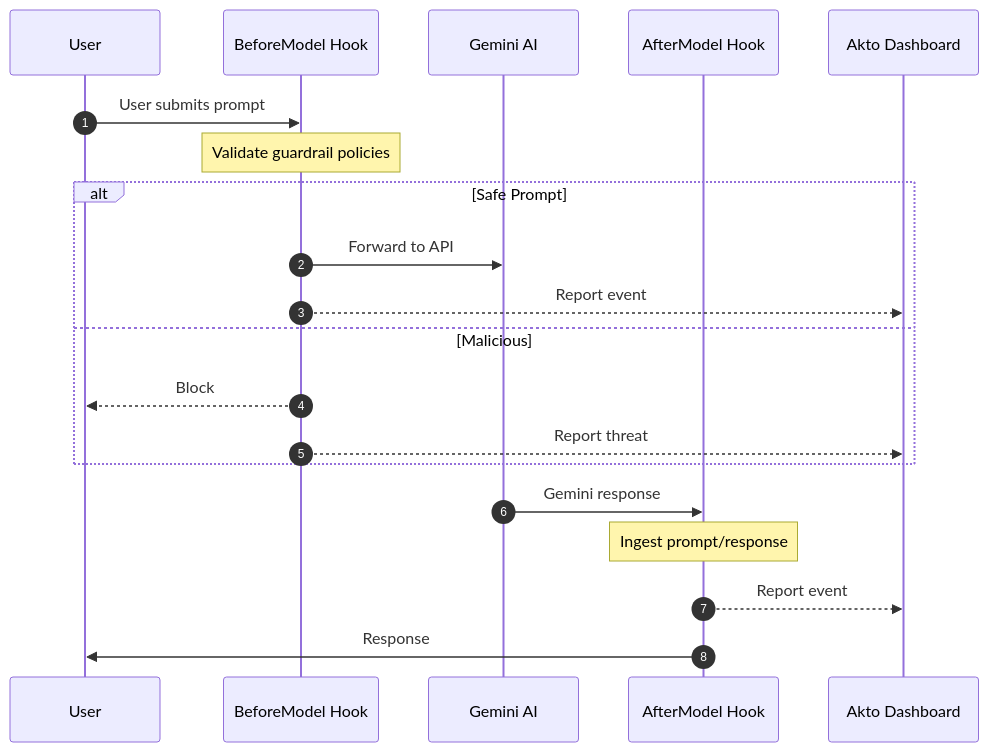
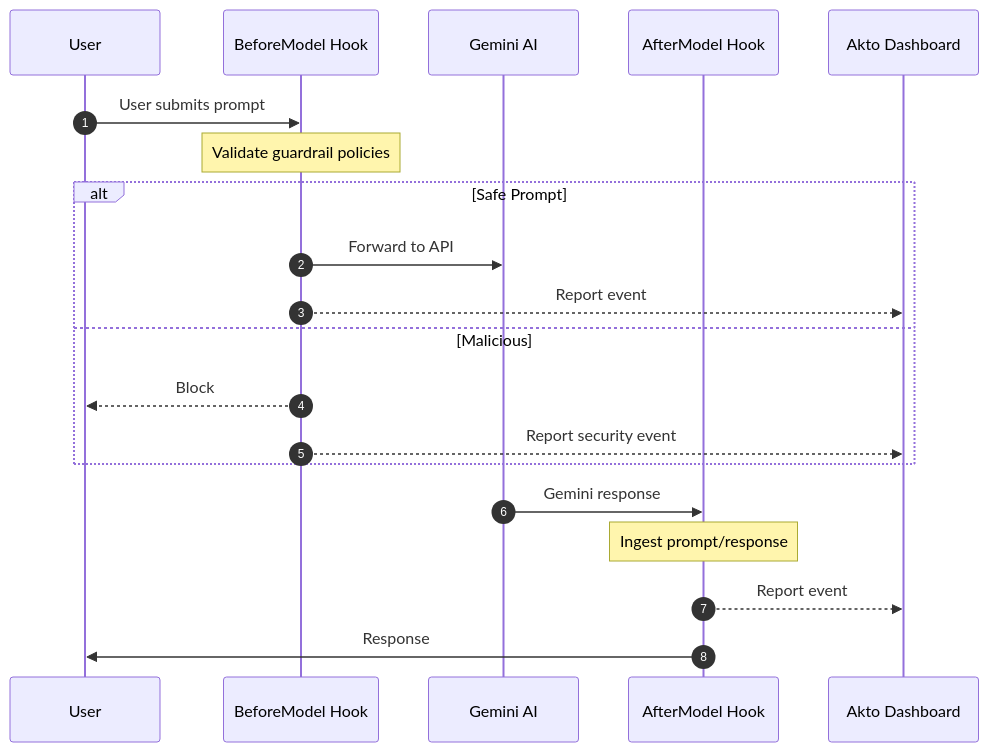
The diagram in akto-atlas-agentic-ai-security-for-employee-endpoints/endpoints-discovery-agents/gemini-cli-hooks.md (akto-api-security/Documentation), drawn with Mermaid before and after one commit. The commit also changed 40 other files, not shown here.

````diff
--- a/akto-atlas-agentic-ai-security-for-employee-endpoints/endpoints-discovery-agents/gemini-cli-hooks.md
+++ b/akto-atlas-agentic-ai-security-for-employee-endpoints/endpoints-discovery-agents/gemini-cli-hooks.md
@@ -18,24 +18,24 @@
 ```mermaid
 sequenceDiagram
     autonumber
     participant User
     participant PromptHook as BeforeModel Hook
     participant Gemini as Gemini AI
     participant ResponseHook as AfterModel Hook
     participant Akto as Akto Dashboard
 
     User->>PromptHook: User submits prompt
     Note over PromptHook: Validate guardrail policies
     alt Safe Prompt
         PromptHook->>Gemini: Forward to API
         PromptHook-->>Akto: Report event
     else Malicious
         PromptHook-->>User: Block
-        PromptHook-->>Akto: Report threat
+        PromptHook-->>Akto: Report security event
     end
 
     Gemini->>ResponseHook: Gemini response
     Note over ResponseHook: Ingest prompt/response
     ResponseHook-->>Akto: Report event
     ResponseHook->>User: Response
 ```
````
